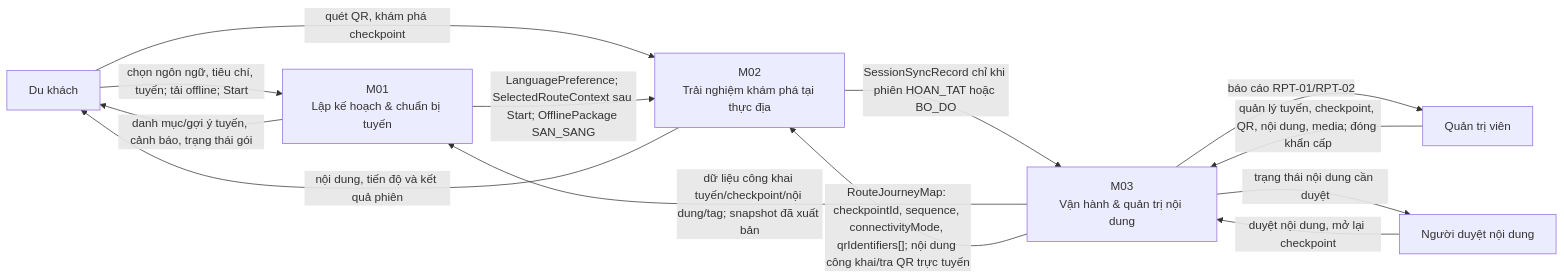
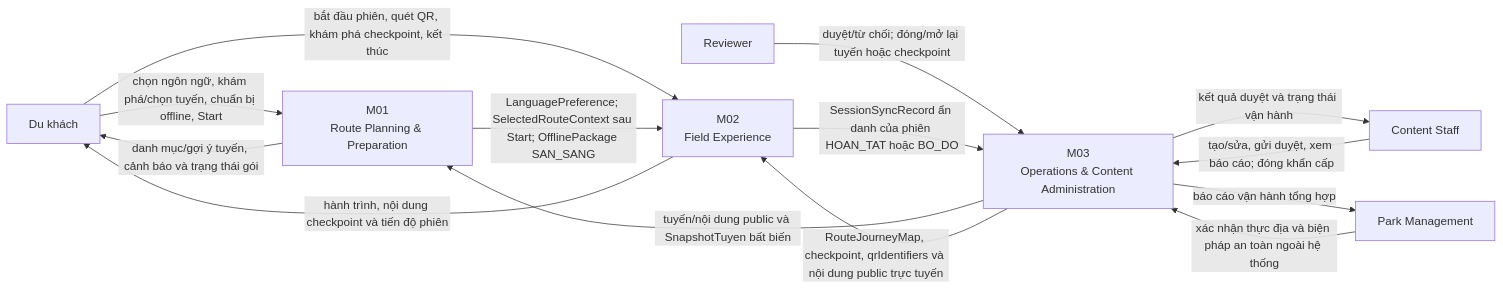
Before and after one commit to MckhueVanPhuc/Cuc-Phuong-digital-business: the diagram in docs/architecture/context-diagram.md, drawn with Mermaid. The commit also changed other lines of this file and 16 other files, not shown here.

````diff
--- a/docs/architecture/context-diagram.md
+++ b/docs/architecture/context-diagram.md
@@ -3,25 +5,27 @@
 ```mermaid
 flowchart LR
     visitor["Du khách"]
-    admin["Quản trị viên"]
-    reviewer["Người duyệt nội dung"]
+    contentStaff["Content Staff"]
+    reviewer["Reviewer"]
+    park["Park Management"]
 
-    m01["M01<br/>Lập kế hoạch & chuẩn bị tuyến"]
-    m02["M02<br/>Trải nghiệm khám phá tại thực địa"]
-    m03["M03<br/>Vận hành & quản trị nội dung"]
+    m01["M01<br/>Route Planning & Preparation"]
+    m02["M02<br/>Field Experience"]
+    m03["M03<br/>Operations & Content Administration"]
 
-    visitor -->|"chọn ngôn ngữ, tiêu chí, tuyến; tải offline; Start"| m01
-    m01 -->|"danh mục/gợi ý tuyến, cảnh báo, trạng thái gói"| visitor
-    visitor -->|"quét QR, khám phá checkpoint"| m02
-    m02 -->|"nội dung, tiến độ và kết quả phiên"| visitor
+    visitor -->|"chọn ngôn ngữ, khám phá/chọn tuyến, chuẩn bị offline, Start"| m01
+    m01 -->|"danh mục/gợi ý tuyến, cảnh báo và trạng thái gói"| visitor
+    visitor -->|"bắt đầu phiên, quét QR, khám phá checkpoint, kết thúc"| m02
+    m02 -->|"hành trình, nội dung checkpoint và tiến độ phiên"| visitor
 
-    admin -->|"quản lý tuyến, checkpoint, QR, nội dung, media; đóng khẩn cấp"| m03
-    reviewer -->|"duyệt nội dung, mở lại checkpoint"| m03
-    m03 -->|"báo cáo RPT-01/RPT-02"| admin
-    m03 -->|"trạng thái nội dung cần duyệt"| reviewer
+    contentStaff -->|"tạo/sửa, gửi duyệt, xem báo cáo; đóng khẩn cấp"| m03
+    reviewer -->|"duyệt/từ chối; đóng/mở lại tuyến hoặc checkpoint"| m03
+    park -->|"xác nhận thực địa và biện pháp an toàn ngoài hệ thống"| m03
+    m03 -->|"kết quả duyệt và trạng thái vận hành"| contentStaff
+    m03 -->|"báo cáo vận hành tổng hợp"| park
 
-    m03 -->|"dữ liệu công khai tuyến/checkpoint/nội dung/tag; snapshot đã xuất bản"| m01
+    m03 -->|"tuyến/nội dung public và SnapshotTuyen bất biến"| m01
     m01 -->|"LanguagePreference; SelectedRouteContext sau Start; OfflinePackage SAN_SANG"| m02
-    m03 -->|"RouteJourneyMap: checkpointId, sequence, connectivityMode, qrIdentifiers[]; nội dung công khai/tra QR trực tuyến"| m02
-    m02 -->|"SessionSyncRecord chỉ khi phiên HOAN_TAT hoặc BO_DO"| m03
+    m03 -->|"RouteJourneyMap, checkpoint, qrIdentifiers và nội dung public trực tuyến"| m02
+    m02 -->|"SessionSyncRecord ẩn danh của phiên HOAN_TAT hoặc BO_DO"| m03
 ```
````
